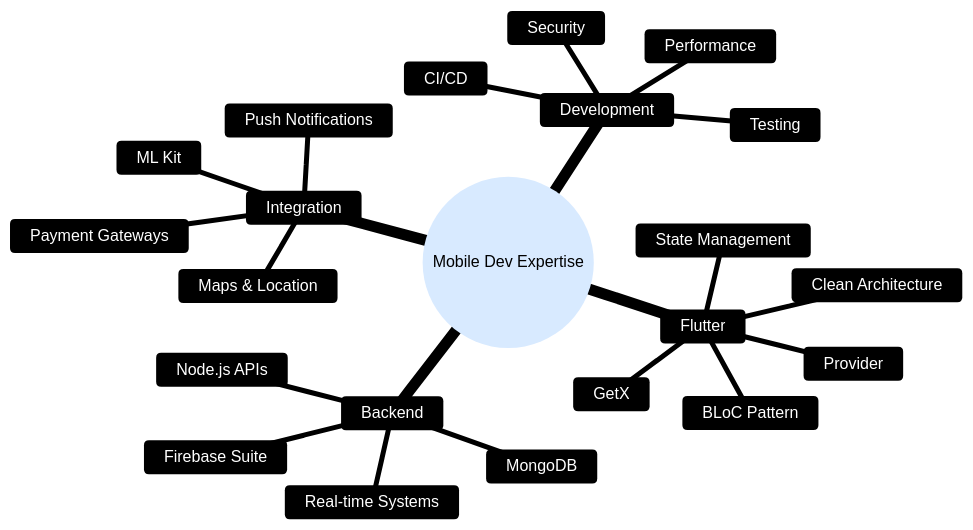
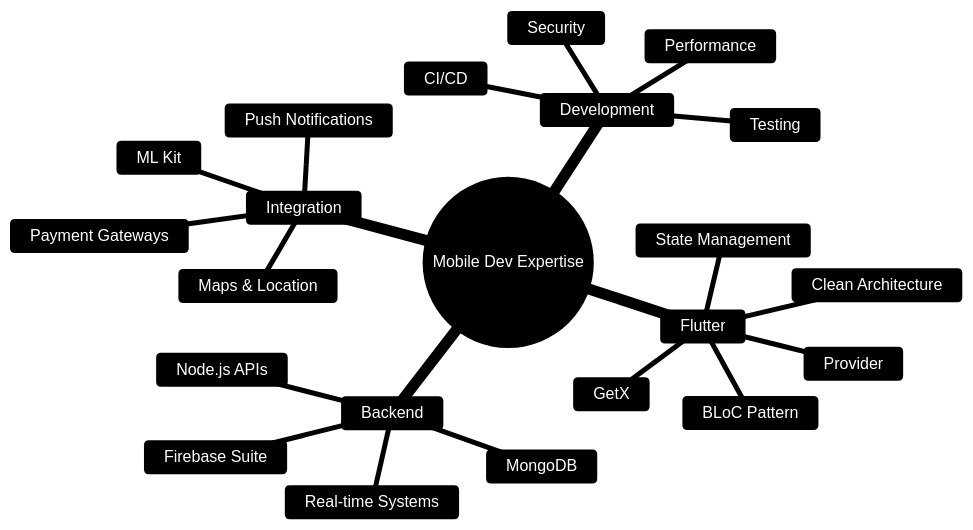
The diagram in README.md (codexahmar/CodeXahmar), drawn with Mermaid before and after one commit.

Commit message:
Update Mermaid diagram theme variables for better contrast and readability

````diff
--- a/README.md
+++ b/README.md
@@ -224,26 +224,26 @@
 ```mermaid
-%%{init: {'theme':'base', 'themeVariables': { 'primaryColor':'#58a6ff', 'primaryTextColor':'#ffffff', 'secondaryTextColor':'#ffffff', 'tertiaryTextColor':'#ffffff', 'primaryBorderColor':'#58a6ff', 'lineColor':'#58a6ff', 'secondaryColor':'#1a1f35', 'tertiaryColor':'#0d1117', 'noteBkgColor':'#58a6ff', 'noteTextColor':'#ffffff', 'textColor':'#ffffff', 'mainBkg':'#58a6ff', 'secondBkg':'#1a1f35', 'tertiaryBorderColor':'#58a6ff', 'fontSize':'16px', 'fontFamily':'Arial', 'darkMode':'true'}}}%%
+%%{init: {'theme':'base', 'themeVariables': { 'primaryColor':'#1a1f35', 'primaryTextColor':'#ffffff', 'secondaryTextColor':'#ffffff', 'tertiaryTextColor':'#ffffff', 'primaryBorderColor':'#58a6ff', 'lineColor':'#58a6ff', 'secondaryColor':'#0d1117', 'secondaryBorderColor':'#58a6ff', 'tertiaryColor':'#1a1f35', 'tertiaryBorderColor':'#58a6ff', 'textColor':'#ffffff', 'mainBkg':'#0d1117', 'secondBkg':'#1a1f35', 'border1':'#58a6ff', 'border2':'#58a6ff', 'fontSize':'16px', 'fontFamily':'Arial'}}}%%
 mindmap
   root((Mobile Dev Expertise))
     Flutter
       Clean Architecture
       State Management
       BLoC Pattern
       Provider
       GetX
     Backend
       Firebase Suite
       Node.js APIs
       MongoDB
       Real-time Systems
     Integration
       Payment Gateways
       Maps & Location
       Push Notifications
       ML Kit
     Development
       CI/CD
       Testing
       Performance
       Security
 ```
````
